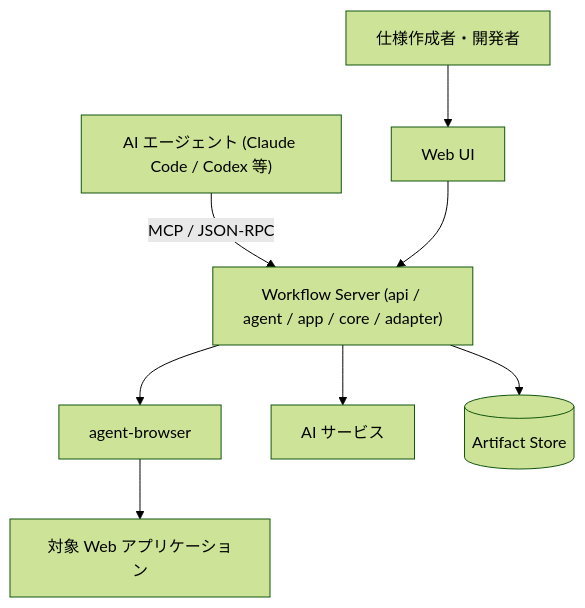
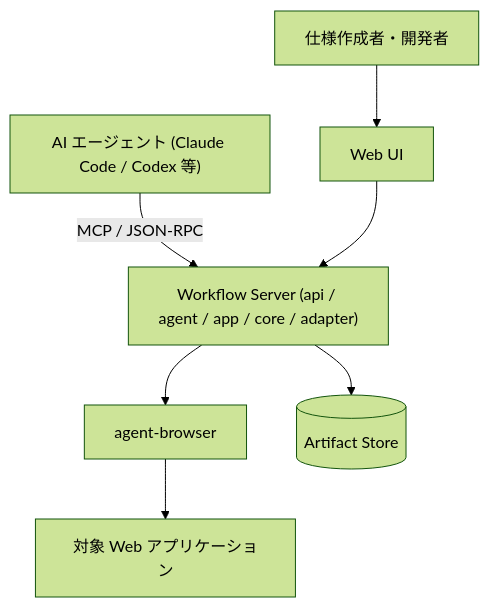
The second of 3 diagrams in design/DesignDoc.md (Fukuemon/screen-contract), drawn with Mermaid (forest theme) before and after one commit. The commit also changed other lines of this file, not shown here.

````diff
--- a/design/DesignDoc.md
+++ b/design/DesignDoc.md
@@ -213,10 +213,9 @@
 ```mermaid
 flowchart TD
     user["仕様作成者・開発者"] --> web["Web UI"]
     agentcli["AI エージェント (Claude Code / Codex 等)"] -- "MCP / JSON-RPC" --> server
     web --> server["Workflow Server (api / agent / app / core / adapter)"]
     server --> browser["agent-browser"]
     browser --> target["対象 Web アプリケーション"]
-    server --> aisvc["AI サービス"]
     server --> store[("Artifact Store")]
 ```
````
